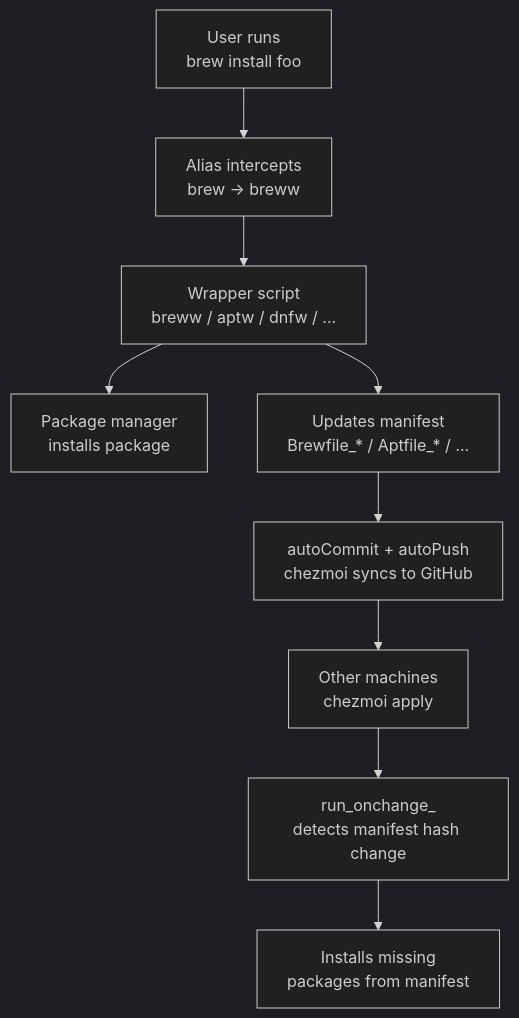
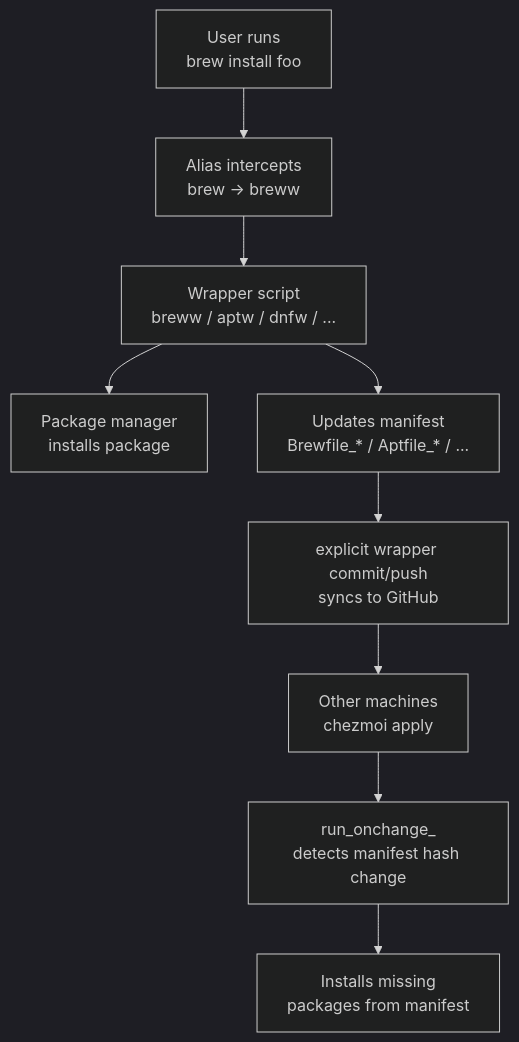
Before and after one commit to jsoyer/dotfiles: the fourth of 6 diagrams in docs/ARCHITECTURE.md, drawn with Mermaid (dark theme). The commit also changed 16 other files, not shown here.

Commit message:
chore: make chezmoi git automation opt-in

````diff
--- a/docs/ARCHITECTURE.md
+++ b/docs/ARCHITECTURE.md
@@ -114,11 +114,11 @@
 ```mermaid
 graph TD
     USER[User runs<br>brew install foo] --> ALIAS[Alias intercepts<br>brew -> breww]
     ALIAS --> WRAPPER[Wrapper script<br>breww / aptw / dnfw / ...]
     WRAPPER --> PKG[Package manager<br>installs package]
     WRAPPER --> MANIFEST[Updates manifest<br>Brewfile_* / Aptfile_* / ...]
-    MANIFEST --> GIT[autoCommit + autoPush<br>chezmoi syncs to GitHub]
+    MANIFEST --> GIT[explicit wrapper commit/push<br>syncs to GitHub]
     GIT --> OTHER[Other machines<br>chezmoi apply]
     OTHER --> ONCHANGE[run_onchange_<br>detects manifest hash change]
     ONCHANGE --> INSTALL[Installs missing<br>packages from manifest]
 ```
````
